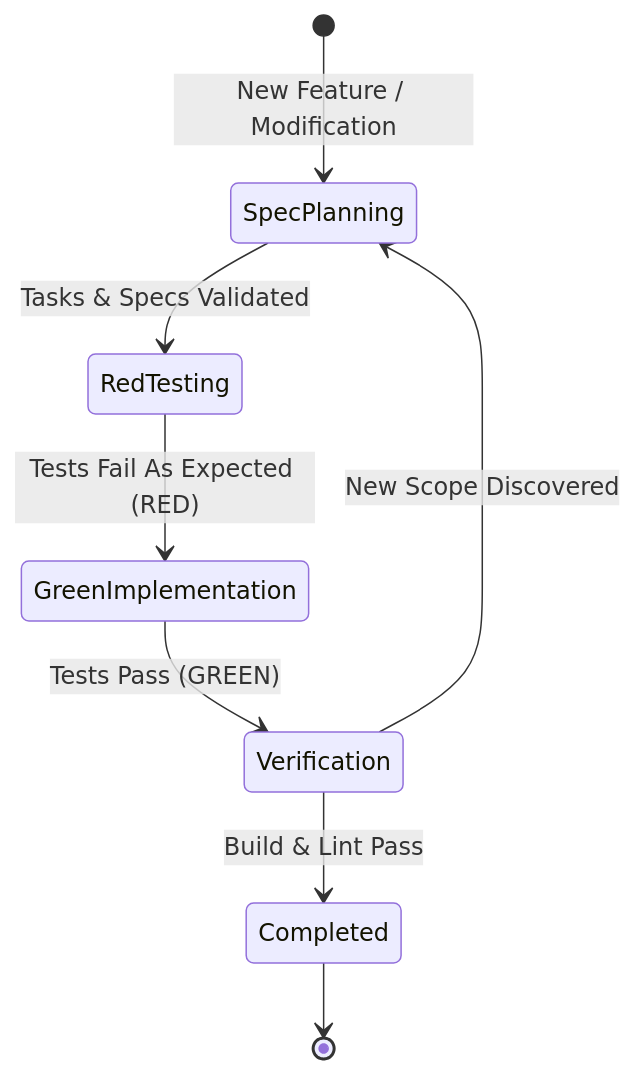
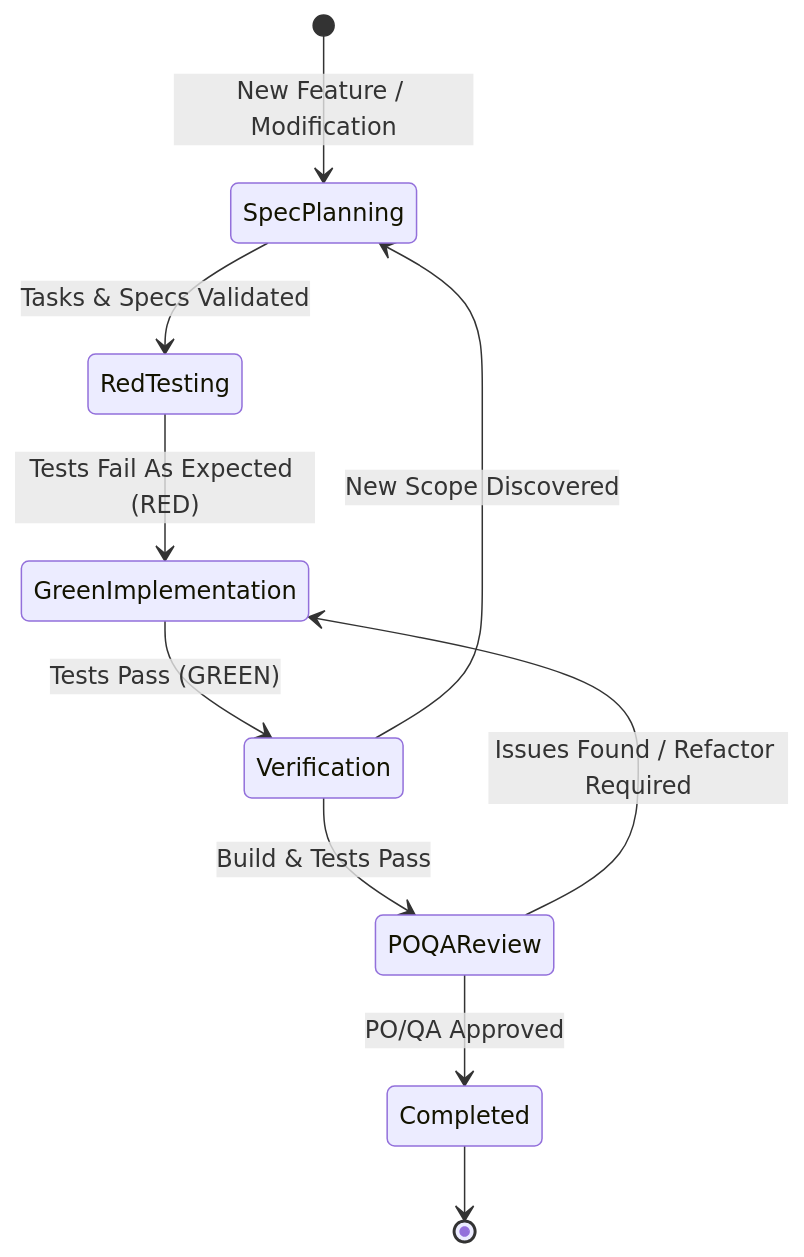
Before and after one commit to douglaspands/mcskin-go: the diagram in .agents/governance.md, drawn with Mermaid. The commit also changed other lines of this file and 40 other files, not shown here.

````diff
--- a/.agents/governance.md
+++ b/.agents/governance.md
@@ -11,10 +11,12 @@
 ```mermaid
 stateDiagram-v2
     [*] --> SpecPlanning: New Feature / Modification
     SpecPlanning --> RedTesting: Tasks & Specs Validated
     RedTesting --> GreenImplementation: Tests Fail As Expected (RED)
     GreenImplementation --> Verification: Tests Pass (GREEN)
     Verification --> SpecPlanning: New Scope Discovered
-    Verification --> Completed: Build & Lint Pass
+    Verification --> POQAReview: Build & Tests Pass
+    POQAReview --> GreenImplementation: Issues Found / Refactor Required
+    POQAReview --> Completed: PO/QA Approved
     Completed --> [*]
 ```
````
